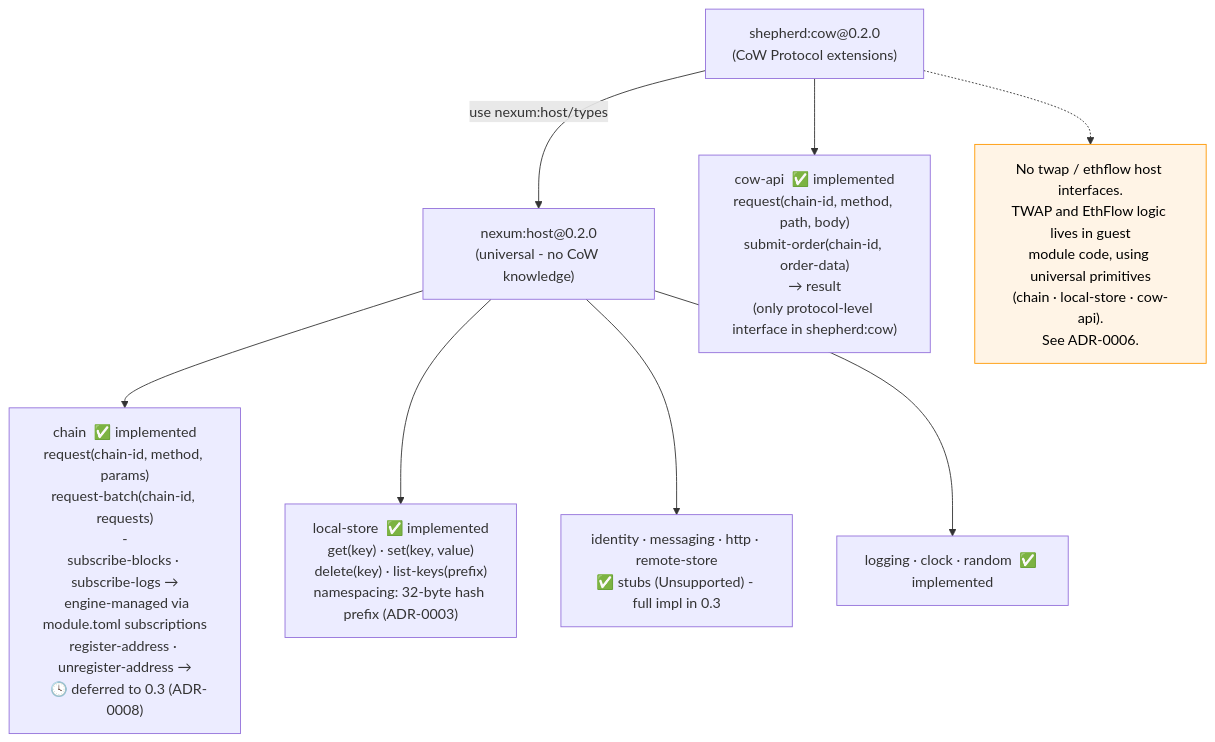
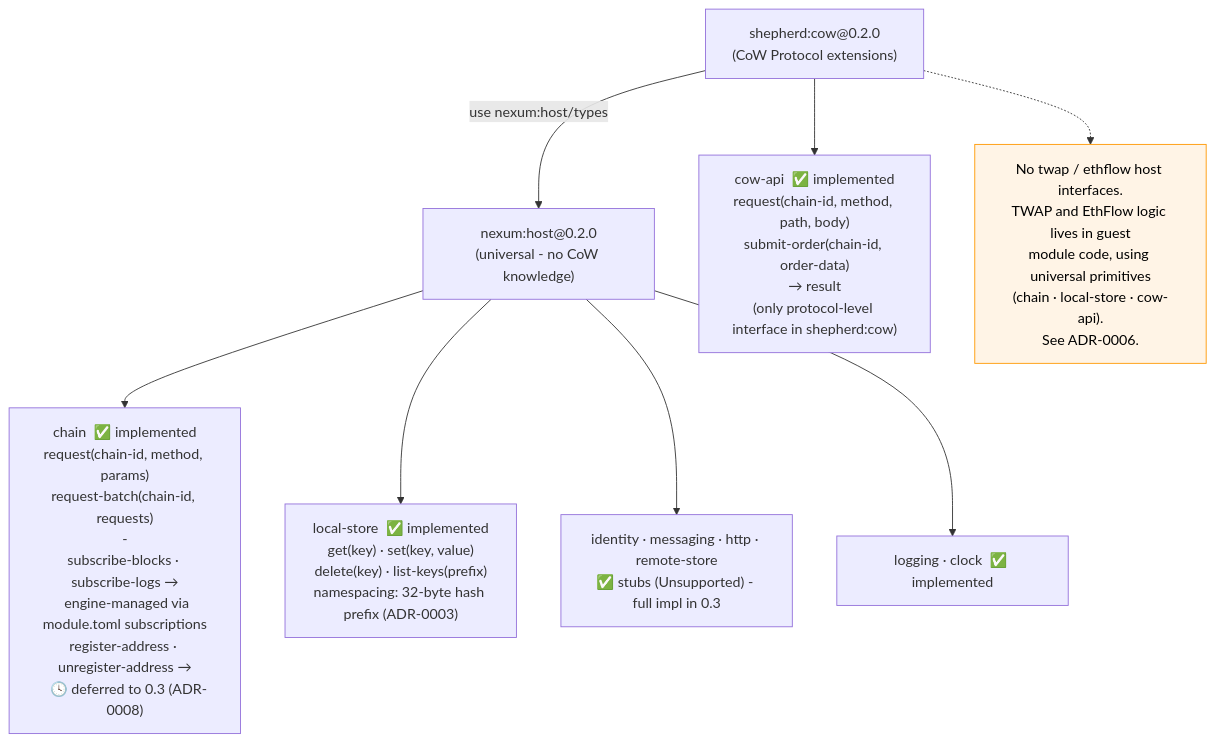
One commit to bleu/nullis-shepherd changed the third of 8 diagrams in docs/diagrams/diagrams.md. Above: the diagram before and after it, drawn with Mermaid. The commit also changed other lines of this file and 14 other files, not shown here.

````diff
--- a/docs/diagrams/diagrams.md
+++ b/docs/diagrams/diagrams.md
@@ -162,18 +162,18 @@
 ```mermaid
 graph TD
     NH["nexum:host@0.2.0\n(universal - no CoW knowledge)"]
     SC["shepherd:cow@0.2.0\n(CoW Protocol extensions)"]
 
     NH --> n1["chain  ✅ implemented\nrequest(chain-id, method, params)\nrequest-batch(chain-id, requests)\n - \nsubscribe-blocks · subscribe-logs →\n  engine-managed via module.toml subscriptions\nregister-address · unregister-address →\n  🕓 deferred to 0.3 (ADR-0008)"]
     NH --> n2["local-store  ✅ implemented\nget(key) · set(key, value)\ndelete(key) · list-keys(prefix)\nnamespacing: 32-byte hash prefix (ADR-0003)"]
     NH --> n3["identity · messaging · http · remote-store\n✅ stubs (Unsupported) - full impl in 0.3"]
-    NH --> n4["logging · clock · random  ✅ implemented"]
+    NH --> n4["logging · clock  ✅ implemented"]
 
     SC -->|"use nexum:host/types"| NH
     SC --> s1["cow-api  ✅ implemented\nrequest(chain-id, method, path, body)\nsubmit-order(chain-id, order-data)\n→ result<string, host-error>\n(only protocol-level interface in shepherd:cow)"]
 
     note1["No twap / ethflow host interfaces.\nTWAP and EthFlow logic lives in guest\nmodule code, using universal primitives\n(chain · local-store · cow-api).\nSee ADR-0006."]
     SC -.-> note1
 
     style note1 fill:#fff4e6,stroke:#ff9800,color:#000
 ```
````
